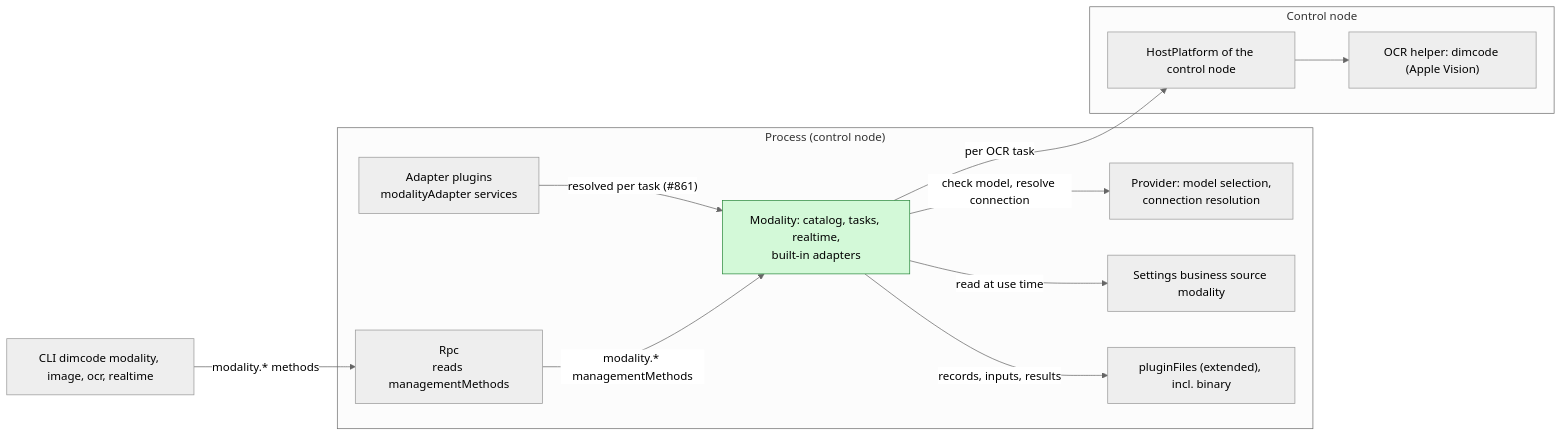
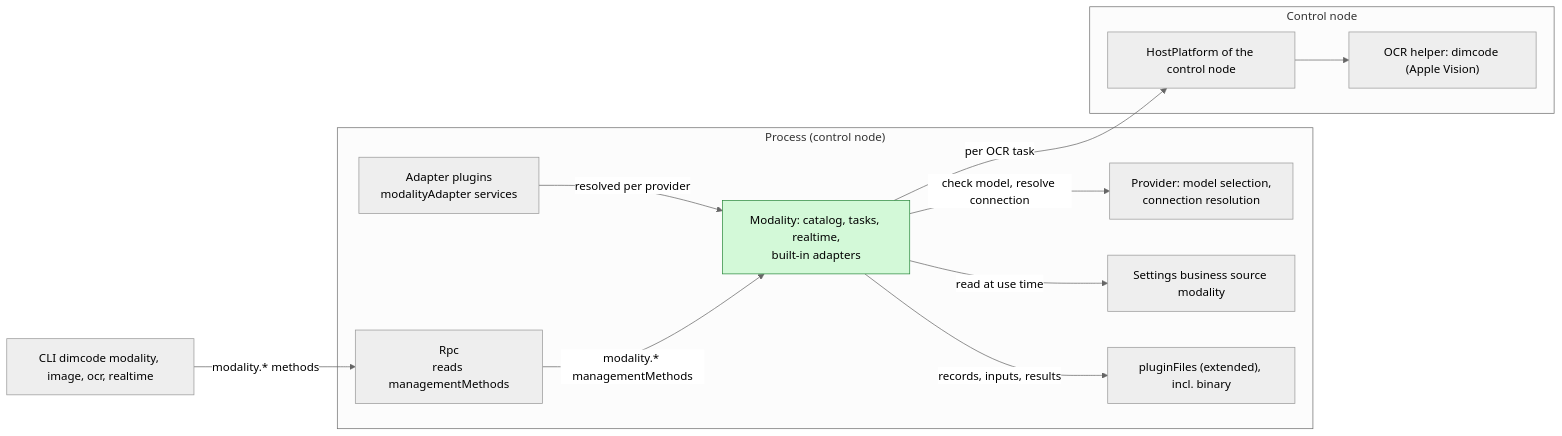
Before and after one commit to CoutinhoTTS/dim-agent: the first of 6 diagrams in docs/design/plugins/Modality.md, drawn with Mermaid (neutral theme). The commit also changed other lines of this file and 1 other file, not shown here.

First line of the commit message:
docs: resolve adapters per provider instead of per adapter name (#861)

````diff
--- a/docs/design/plugins/Modality.md
+++ b/docs/design/plugins/Modality.md
@@ -13,25 +13,25 @@
 ```mermaid
 flowchart LR
   subgraph PROC["Process (control node)"]
     Mod["Modality: catalog, tasks, realtime,<br/>built-in adapters"]:::new
     AdPlug["Adapter plugins<br/>modalityAdapter services"]
     Rpc["Rpc<br/>reads managementMethods"]
     Prov["Provider: model selection,<br/>connection resolution"]
     Set["Settings business source modality"]
     Store["pluginFiles (extended), incl. binary"]
   end
   subgraph NODE["Control node"]
     HP["HostPlatform of the control node"]
     OCR["OCR helper: dimcode (Apple Vision)"]
   end
   CLI["CLI dimcode modality, image, ocr, realtime"]
-  AdPlug -->|"resolved per task (#861)"| Mod
+  AdPlug -->|"resolved per provider"| Mod
   Mod -->|"per OCR task"| HP
   HP --> OCR
   Mod -->|"check model, resolve connection"| Prov
   Mod -->|"records, inputs, results"| Store
   Mod -->|"read at use time"| Set
   Rpc -->|"modality.* managementMethods"| Mod
   CLI -->|"modality.* methods"| Rpc
   classDef new fill:#d3f9d8,stroke:#2b8a3e,color:#000
 ```
````
